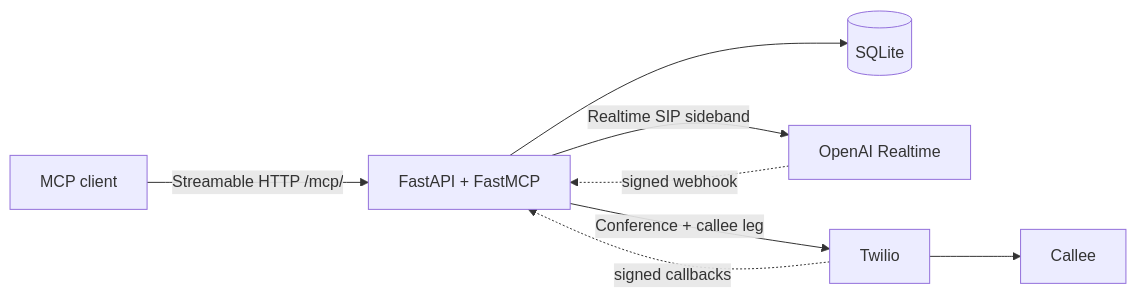
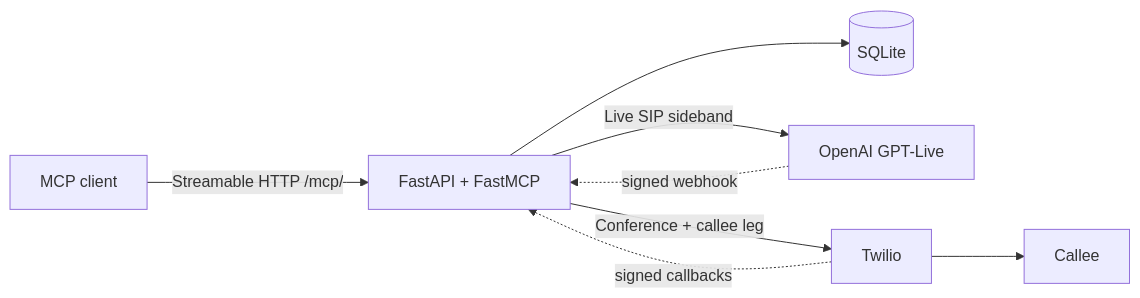
One commit to XiyaoWang0519/agent-call changed the diagram in docs/architecture.md. Above: the diagram before and after it, drawn with Mermaid. The commit also changed other lines of this file and 59 other files, not shown here.

Commit message:
Migrate calls to GPT Live (#87)

````diff
--- a/docs/architecture.md
+++ b/docs/architecture.md
@@ -28,10 +27,10 @@
 ```mermaid
 flowchart LR
     Agent["MCP client"] -->|"Streamable HTTP /mcp/"| Bridge["FastAPI + FastMCP"]
     Bridge --> DB[("SQLite")]
-    Bridge -->|"Realtime SIP sideband"| OpenAI["OpenAI Realtime"]
+    Bridge -->|"Live SIP sideband"| OpenAI["OpenAI GPT-Live"]
     Bridge -->|"Conference + callee leg"| Twilio["Twilio"]
     Twilio --> Callee["Callee"]
     OpenAI -.->|"signed webhook"| Bridge
     Twilio -.->|"signed callbacks"| Bridge
 ```
````
